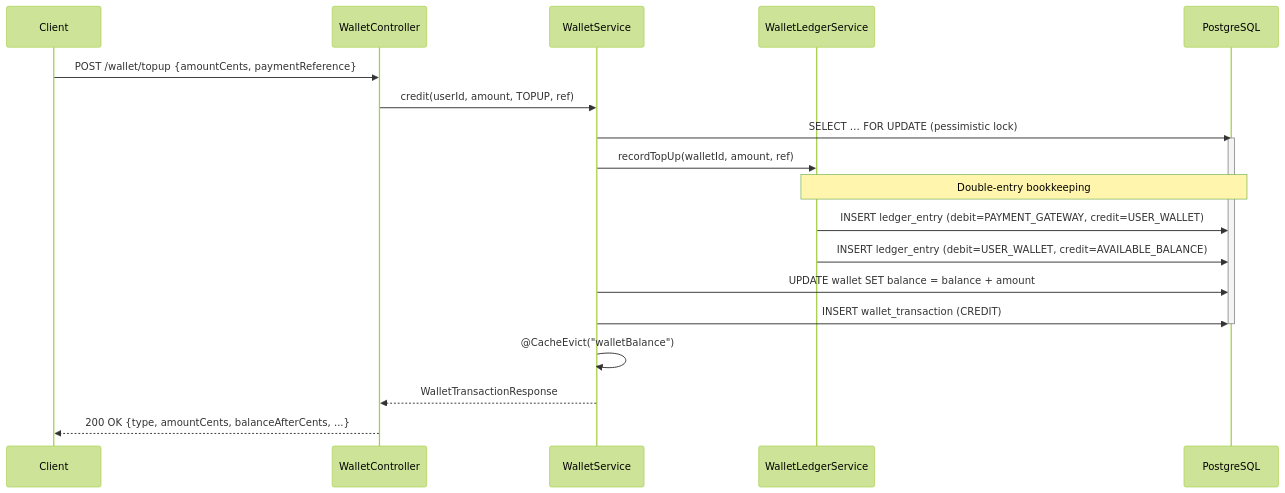
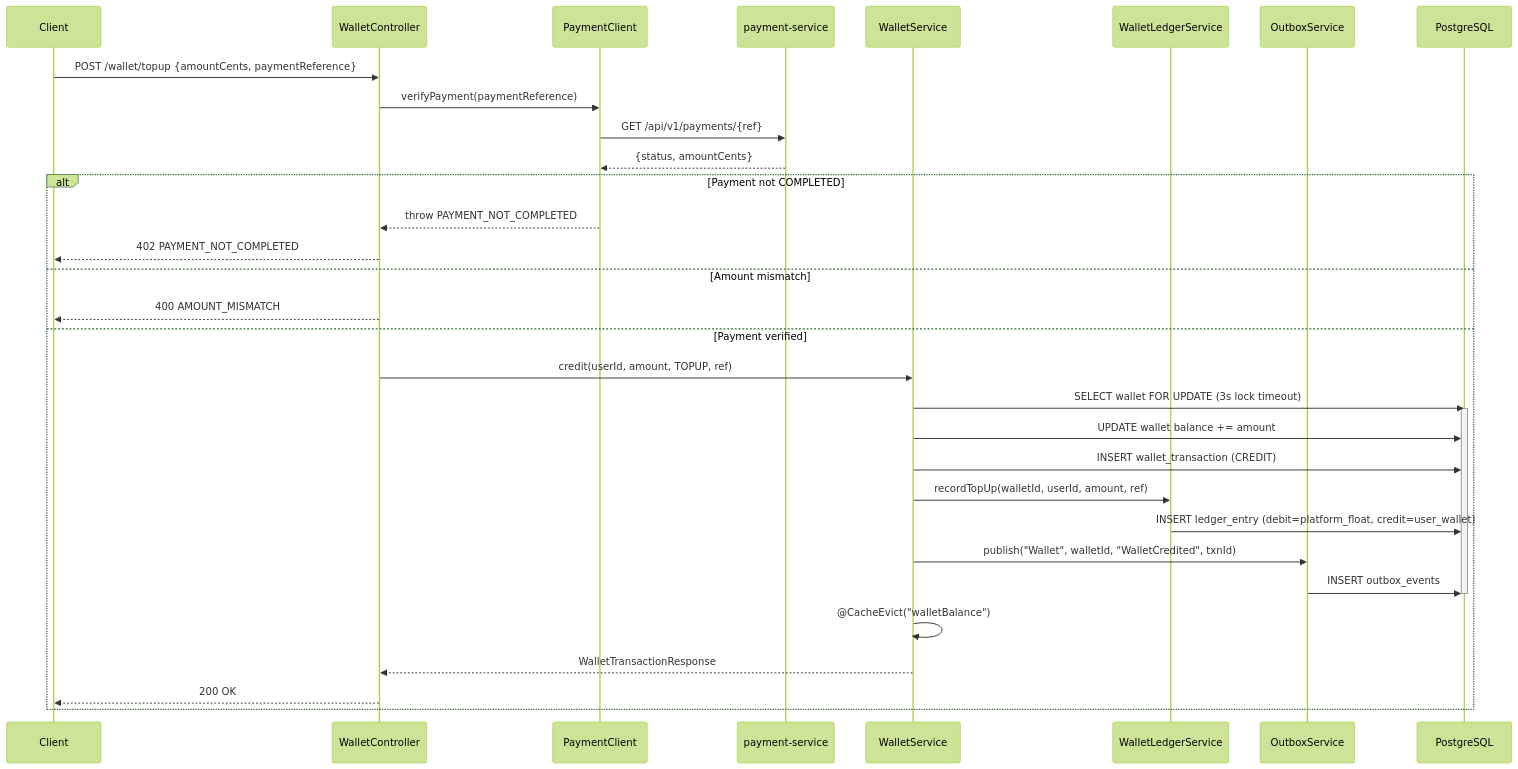
Before and after one commit to sunitakeazycommerz-a11y/InstaCommerce: the third of 6 diagrams in services/wallet-loyalty-service/README.md, drawn with Mermaid (forest theme). The commit also changed other lines of this file and 554 other files, not shown here.

````diff
--- a/services/wallet-loyalty-service/README.md
+++ b/services/wallet-loyalty-service/README.md
@@ -68,27 +289,37 @@
 ```mermaid
 sequenceDiagram
     participant Client
     participant WalletController
+    participant PaymentClient
+    participant PaymentService as payment-service
     participant WalletService
     participant WalletLedgerService
+    participant OutboxService
     participant DB as PostgreSQL
 
     Client->>WalletController: POST /wallet/topup {amountCents, paymentReference}
-    WalletController->>WalletService: credit(userId, amount, TOPUP, ref)
+    WalletController->>PaymentClient: verifyPayment(paymentReference)
+    PaymentClient->>PaymentService: GET /api/v1/payments/{ref}
+    PaymentService-->>PaymentClient: {status, amountCents}
 
-    WalletService->>DB: SELECT … FOR UPDATE (pessimistic lock)
-    activate DB
-    WalletService->>WalletLedgerService: recordTopUp(walletId, amount, ref)
-
-    Note over WalletLedgerService,DB: Double-entry bookkeeping
-    WalletLedgerService->>DB: INSERT ledger_entry (debit=PAYMENT_GATEWAY, credit=USER_WALLET)
-    WalletLedgerService->>DB: INSERT ledger_entry (debit=USER_WALLET, credit=AVAILABLE_BALANCE)
-
-    WalletService->>DB: UPDATE wallet SET balance = balance + amount
-    WalletService->>DB: INSERT wallet_transaction (CREDIT)
-    deactivate DB
-
-    WalletService->>WalletService: @CacheEvict("walletBalance")
-    WalletService-->>WalletController: WalletTransactionResponse
-    WalletController-->>Client: 200 OK {type, amountCents, balanceAfterCents, ...}
+    alt Payment not COMPLETED
+        PaymentClient-->>WalletController: throw PAYMENT_NOT_COMPLETED
+        WalletController-->>Client: 402 PAYMENT_NOT_COMPLETED
+    else Amount mismatch
+        WalletController-->>Client: 400 AMOUNT_MISMATCH
+    else Payment verified
+        WalletController->>WalletService: credit(userId, amount, TOPUP, ref)
+        WalletService->>DB: SELECT wallet FOR UPDATE (3s lock timeout)
+        activate DB
+        WalletService->>DB: UPDATE wallet balance += amount
+        WalletService->>DB: INSERT wallet_transaction (CREDIT)
+        WalletService->>WalletLedgerService: recordTopUp(walletId, userId, amount, ref)
+        WalletLedgerService->>DB: INSERT ledger_entry (debit=platform_float, credit=user_wallet)
+        WalletService->>OutboxService: publish("Wallet", walletId, "WalletCredited", txnId)
+        OutboxService->>DB: INSERT outbox_events
+        deactivate DB
+        WalletService->>WalletService: @CacheEvict("walletBalance")
+        WalletService-->>WalletController: WalletTransactionResponse
+        WalletController-->>Client: 200 OK
+    end
 ```
````
